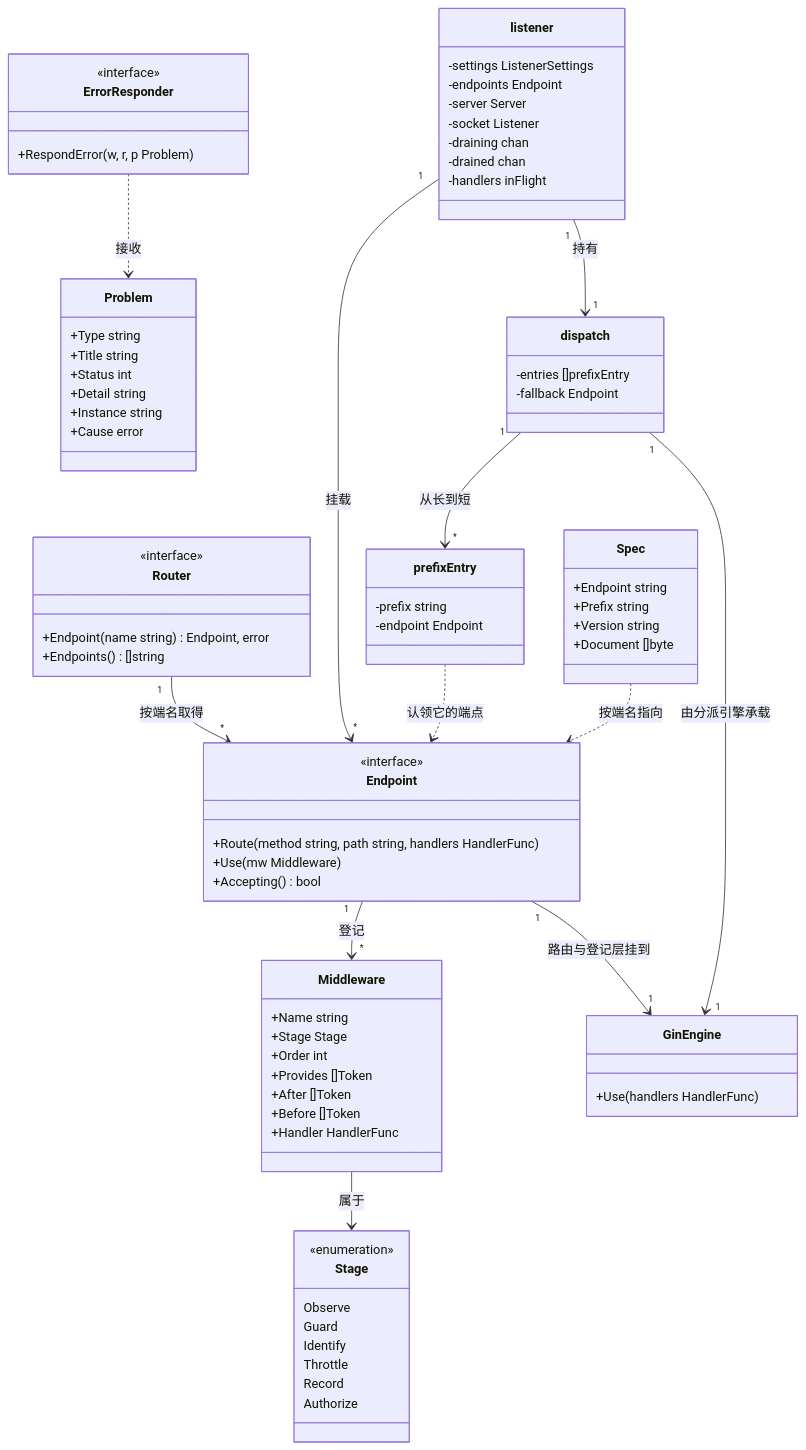
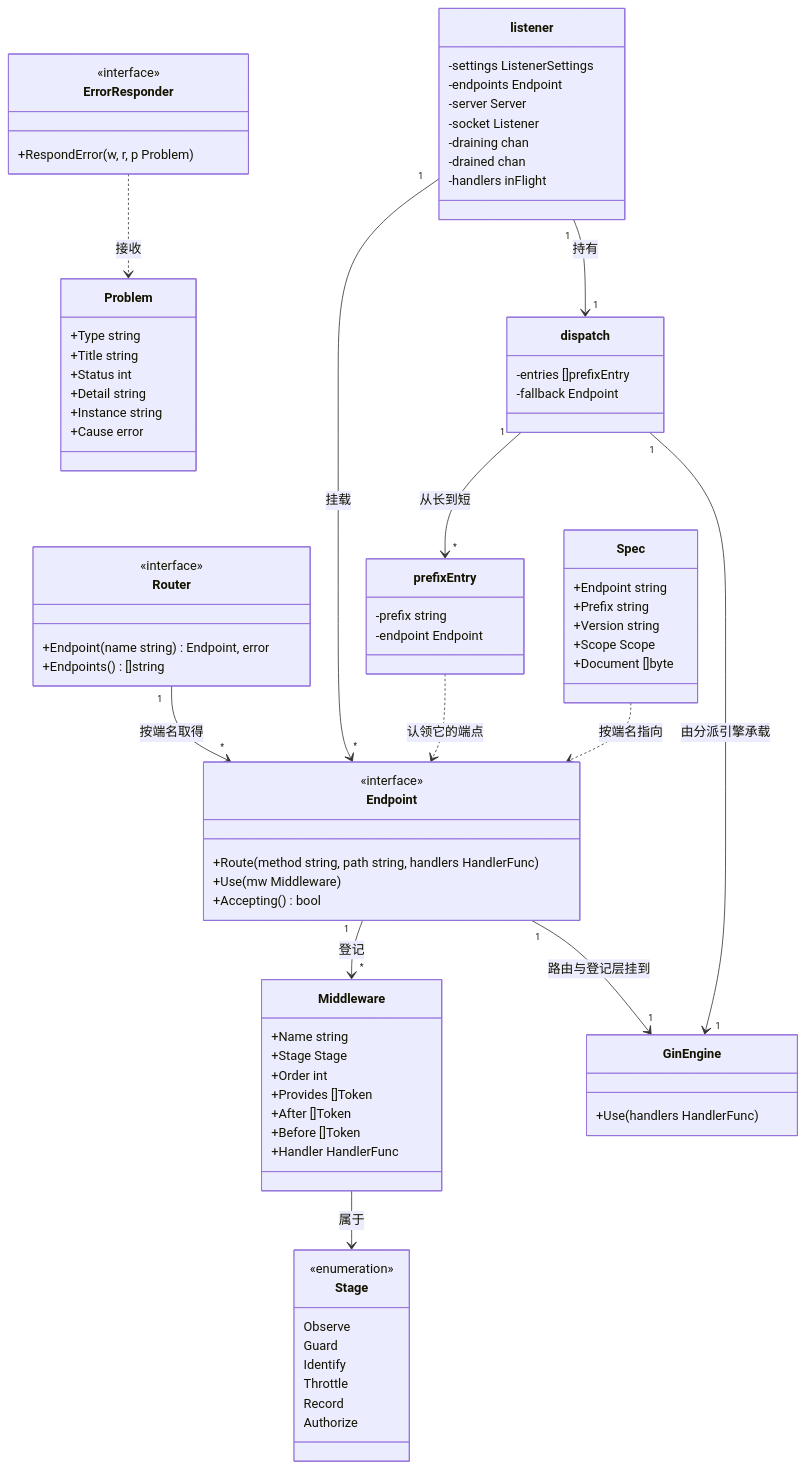
One commit to wangzw/speed changed the first of 3 diagrams in docs/design/modules/http/design-http.md. Above: the diagram before and after it, drawn with Mermaid. The commit also changed other lines of this file and 195 other files, not shown here.

````diff
--- a/docs/design/modules/http/design-http.md
+++ b/docs/design/modules/http/design-http.md
@@ -333,81 +336,82 @@
 ```mermaid
 classDiagram
     class Router {
         <<interface>>
         +Endpoint(name string) Endpoint, error
         +Endpoints() []string
     }
     class Endpoint {
         <<interface>>
         +Route(method string, path string, handlers HandlerFunc)
         +Use(mw Middleware)
         +Accepting() bool
     }
     class Middleware {
         +Name string
         +Stage Stage
         +Order int
         +Provides []Token
         +After []Token
         +Before []Token
         +Handler HandlerFunc
     }
     class Stage {
         <<enumeration>>
         Observe
         Guard
         Identify
         Throttle
         Record
         Authorize
     }
     class Spec {
         +Endpoint string
         +Prefix string
         +Version string
+        +Scope Scope
         +Document []byte
     }
     class ErrorResponder {
         <<interface>>
         +RespondError(w, r, p Problem)
     }
     class Problem {
         +Type string
         +Title string
         +Status int
         +Detail string
         +Instance string
         +Cause error
     }
     class GinEngine {
         +Use(handlers HandlerFunc)
     }
     class listener {
         -settings ListenerSettings
         -endpoints Endpoint
         -server Server
         -socket Listener
         -draining chan
         -drained chan
         -handlers inFlight
     }
     class dispatch {
         -entries []prefixEntry
         -fallback Endpoint
     }
     class prefixEntry {
         -prefix string
         -endpoint Endpoint
     }
     Router "1" --> "*" Endpoint : 按端名取得
     listener "1" --> "*" Endpoint : 挂载
     Endpoint "1" --> "*" Middleware : 登记
     Middleware --> Stage : 属于
     Endpoint "1" --> "1" GinEngine : 路由与登记层挂到
     listener "1" --> "1" dispatch : 持有
     dispatch "1" --> "1" GinEngine : 由分派引擎承载
     dispatch "1" --> "*" prefixEntry : 从长到短
     prefixEntry ..> Endpoint : 认领它的端点
     Spec ..> Endpoint : 按端名指向
     ErrorResponder ..> Problem : 接收
 ```
````
